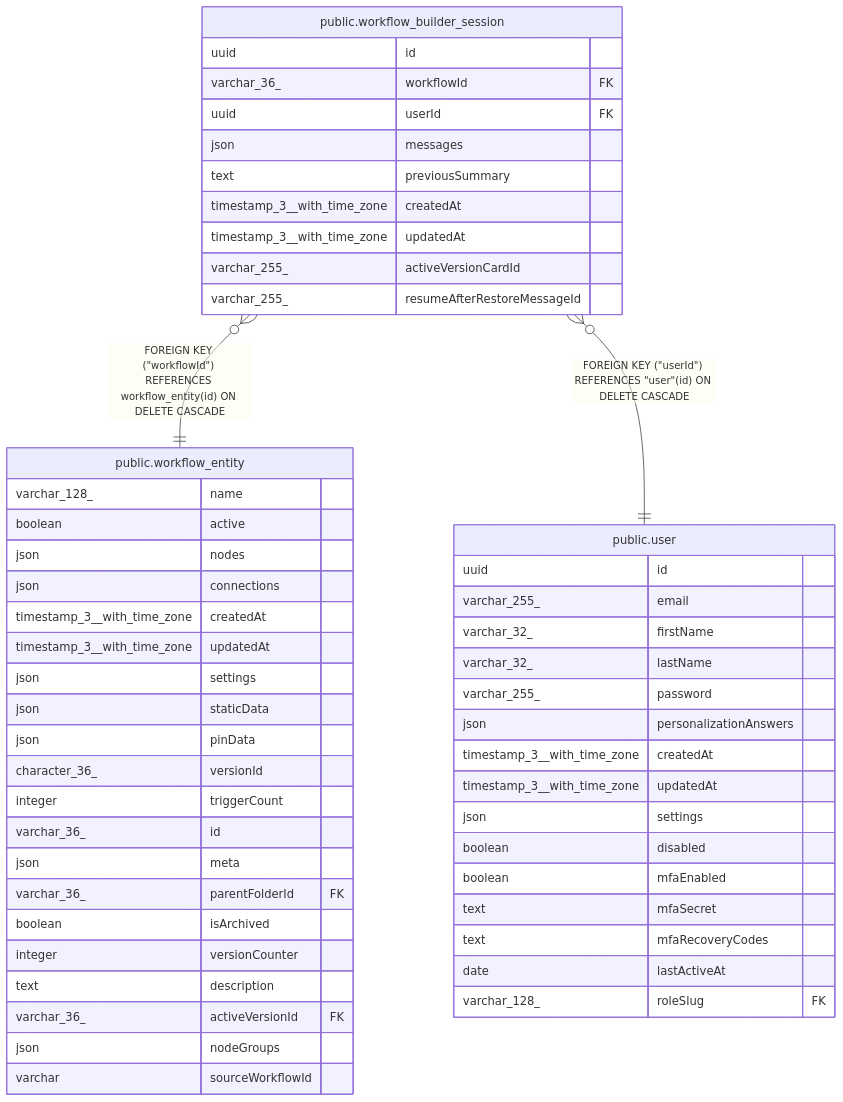
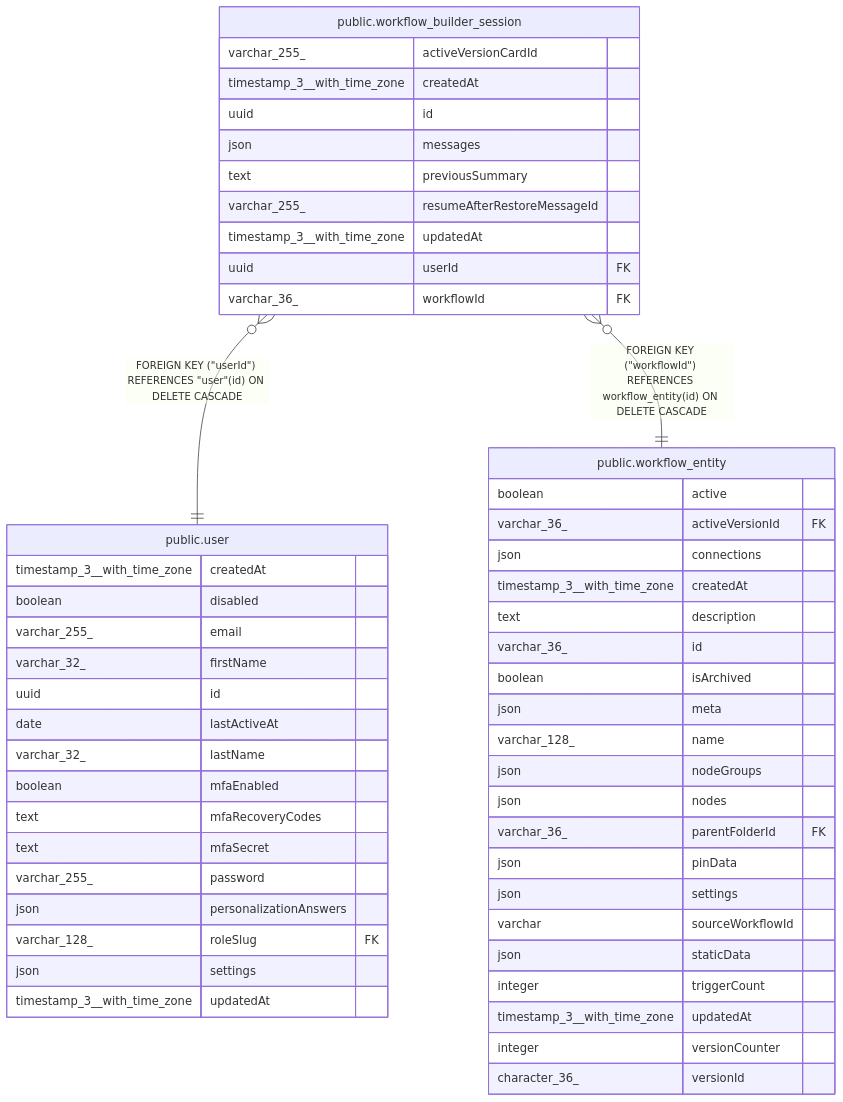
Before and after one commit to mayankjain1815-commits/n8n: the diagram in docs/generated/postgres-schema/public.workflow_builder_session.md, drawn with Mermaid. The commit also changed other lines of this file and 221 other files, not shown here.

Commit message:
chore(core): Make DB schema docs generation deterministic (#32373)

````diff
--- a/docs/generated/postgres-schema/public.workflow_builder_session.md
+++ b/docs/generated/postgres-schema/public.workflow_builder_session.md
@@ -41,57 +41,57 @@
 ```mermaid
 erDiagram
 
+"public.workflow_builder_session" }o--|| "public.user" : "FOREIGN KEY (#quot;userId#quot;) REFERENCES #quot;user#quot;(id) ON DELETE CASCADE"
 "public.workflow_builder_session" }o--|| "public.workflow_entity" : "FOREIGN KEY (#quot;workflowId#quot;) REFERENCES workflow_entity(id) ON DELETE CASCADE"
-"public.workflow_builder_session" }o--|| "public.user" : "FOREIGN KEY (#quot;userId#quot;) REFERENCES #quot;user#quot;(id) ON DELETE CASCADE"
 
 "public.workflow_builder_session" {
+  varchar_255_ activeVersionCardId
+  timestamp_3__with_time_zone createdAt
   uuid id
-  varchar_36_ workflowId FK
-  uuid userId FK
   json messages
   text previousSummary
+  varchar_255_ resumeAfterRestoreMessageId
+  timestamp_3__with_time_zone updatedAt
+  uuid userId FK
+  varchar_36_ workflowId FK
+}
+"public.user" {
   timestamp_3__with_time_zone createdAt
+  boolean disabled
+  varchar_255_ email
+  varchar_32_ firstName
+  uuid id
+  date lastActiveAt
+  varchar_32_ lastName
+  boolean mfaEnabled
+  text mfaRecoveryCodes
+  text mfaSecret
+  varchar_255_ password
+  json personalizationAnswers
+  varchar_128_ roleSlug FK
+  json settings
   timestamp_3__with_time_zone updatedAt
-  varchar_255_ activeVersionCardId
-  varchar_255_ resumeAfterRestoreMessageId
 }
 "public.workflow_entity" {
-  varchar_128_ name
   boolean active
-  json nodes
+  varchar_36_ activeVersionId FK
   json connections
   timestamp_3__with_time_zone createdAt
+  text description
+  varchar_36_ id
+  boolean isArchived
+  json meta
+  varchar_128_ name
+  json nodeGroups
+  json nodes
+  varchar_36_ parentFolderId FK
+  json pinData
+  json settings
+  varchar sourceWorkflowId
+  json staticData
+  integer triggerCount
   timestamp_3__with_time_zone updatedAt
-  json settings
-  json staticData
-  json pinData
+  integer versionCounter
   character_36_ versionId
-  integer triggerCount
-  varchar_36_ id
-  json meta
-  varchar_36_ parentFolderId FK
-  boolean isArchived
-  integer versionCounter
-  text description
-  varchar_36_ activeVersionId FK
-  json nodeGroups
-  varchar sourceWorkflowId
-}
-"public.user" {
-  uuid id
-  varchar_255_ email
-  varchar_32_ firstName
-  varchar_32_ lastName
-  varchar_255_ password
-  json personalizationAnswers
-  timestamp_3__with_time_zone createdAt
-  timestamp_3__with_time_zone updatedAt
-  json settings
-  boolean disabled
-  boolean mfaEnabled
-  text mfaSecret
-  text mfaRecoveryCodes
-  date lastActiveAt
-  varchar_128_ roleSlug FK
 }
 ```
````
